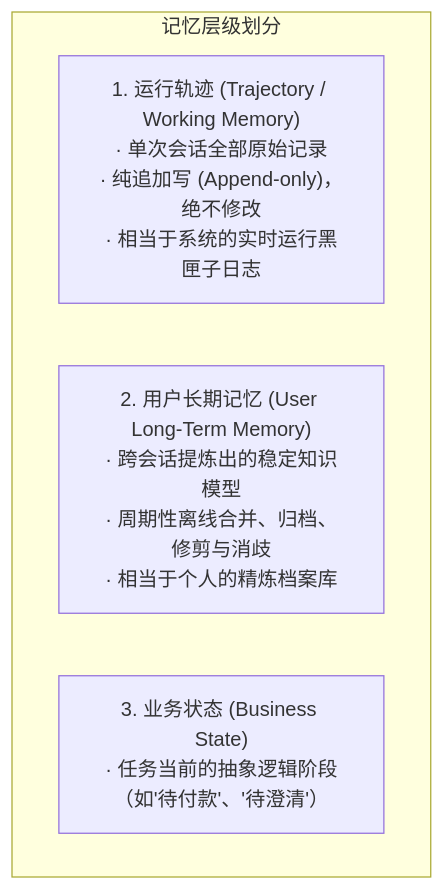
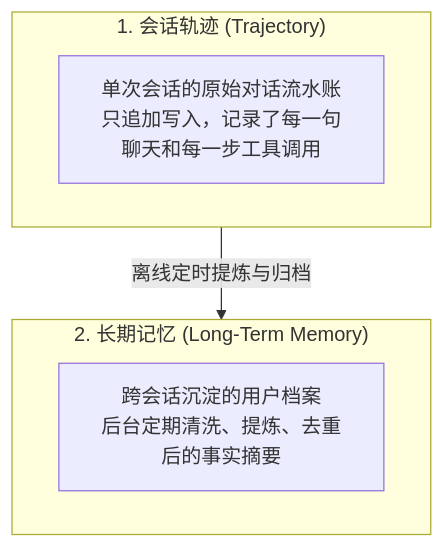
One commit to ljh12138164/ai-agent-study changed the first of 2 diagrams in app/ch03-memory-rag/01-user-memory-system/page.mdx. Above: the diagram before and after it, drawn with Mermaid. The commit also changed other lines of this file and 43 other files, not shown here.

````diff
--- a/app/ch03-memory-rag/01-user-memory-system/page.mdx
+++ b/app/ch03-memory-rag/01-user-memory-system/page.mdx
@@ -13,10 +13,12 @@
 ```mermaid
-graph TD
-    subgraph MemoryHierarchy["记忆层级划分"]
-        T["1. 运行轨迹 (Trajectory / Working Memory)<br/>· 单次会话全部原始记录<br/>· 纯追加写 (Append-only)，绝不修改<br/>· 相当于系统的实时运行黑匣子日志"]
-        
-        LTM["2. 用户长期记忆 (User Long-Term Memory)<br/>· 跨会话提炼出的稳定知识模型<br/>· 周期性离线合并、归档、修剪与消歧<br/>· 相当于个人的精炼档案库"]
-        
-        BS["3. 业务状态 (Business State)<br/>· 任务当前的抽象逻辑阶段（如'待付款'、'待澄清'）"]
+flowchart TD
+    subgraph Raw["1. 会话轨迹 (Trajectory)"]
+        T["单次会话的原始对话流水账<br/>只追加写入，记录了每一句聊天和每一步工具调用"]
     end
+
+    subgraph Memory["2. 长期记忆 (Long-Term Memory)"]
+        M["跨会话沉淀的用户档案<br/>后台定期清洗、提炼、去重后的事实摘要"]
+    end
+
+    Raw -->|离线定时提炼与归档| Memory
 ```
````
